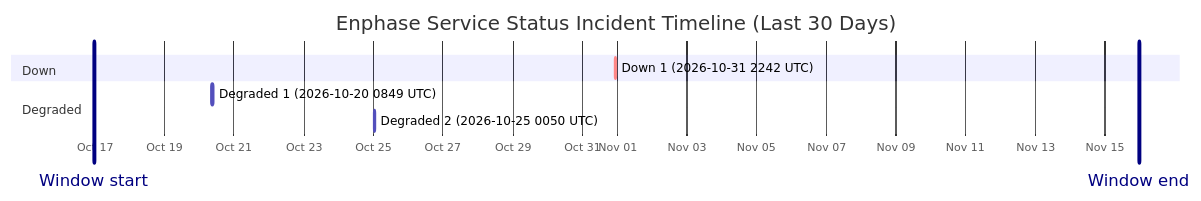
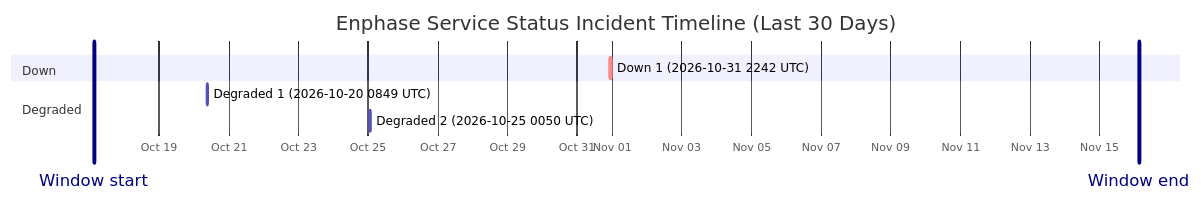
Before and after one commit to barneyonline/ha-enphase-energy: the diagram in wiki/Service-Status-History.md, drawn with Mermaid. The commit also changed other lines of this file and 3 other files, not shown here.

````diff
--- a/wiki/Service-Status-History.md
+++ b/wiki/Service-Status-History.md
@@ -14,13 +14,13 @@
 ```mermaid
 gantt
     title Enphase Service Status Incident Timeline (Last 30 Days)
     dateFormat  YYYY-MM-DDTHH:mm:ss
     axisFormat  %b %d
-    Window start :vert, window-start, 2026-10-16T23:27:35, 0ms
-    Window end :vert, window-end, 2026-11-15T23:27:35, 0ms
+    Window start :vert, window-start, 2026-10-17T02:57:20, 0ms
+    Window end :vert, window-end, 2026-11-16T02:57:20, 0ms
     section Down
     Down 1 (2026-10-31 2242 UTC) :crit, down-1, 2026-10-31T22:42:18, 60m
     section Degraded
     Degraded 1 (2026-10-20 0849 UTC) :active, degraded-1, 2026-10-20T08:49:49, 60m
     Degraded 2 (2026-10-25 0050 UTC) :active, degraded-2, 2026-10-25T00:50:01, 60m
 ```
````
